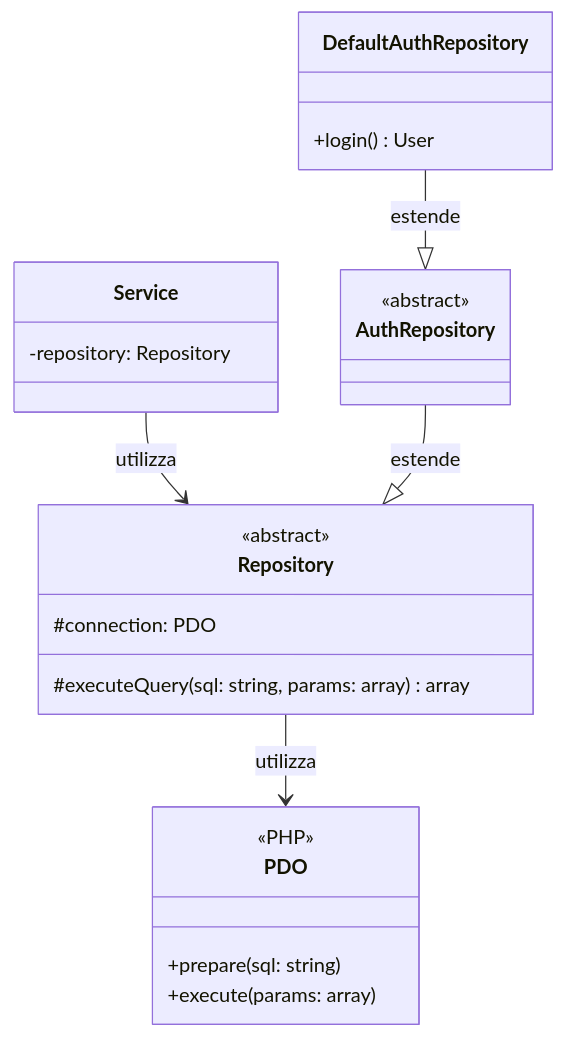
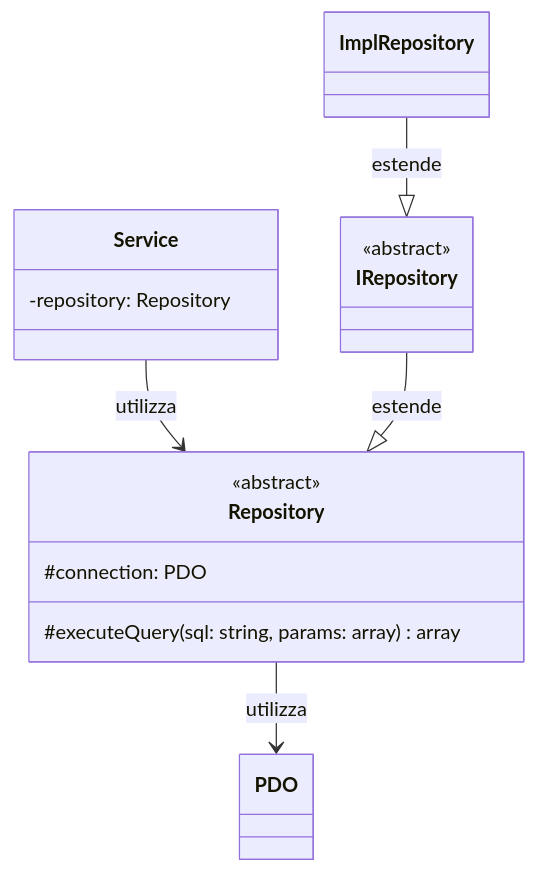
The third of 3 diagrams in documentazione/architettura_base/Repository.md (mb4dev/progetto-prova), drawn with Mermaid before and after one commit. The commit also changed other lines of this file and 12 other files, not shown here.

````diff
--- a/documentazione/architettura_base/Repository.md
+++ b/documentazione/architettura_base/Repository.md
@@ -79,31 +78,27 @@
 ```mermaid
 classDiagram
 class Repository {
     <<abstract>>
     #connection: PDO
     #executeQuery(sql: string, params: array) array
 }
 
 class PDO {
-    <<PHP>>
-    +prepare(sql: string)
-    +execute(params: array)
 }
 
 class Service {
     -repository: Repository
 }
 
-class AuthRepository {
+class IRepository {
     <<abstract>>
 }
 
-class DefaultAuthRepository {
-    +login() User
+class ImplRepository {
 }
 
 Repository --> PDO : utilizza
 Service --> Repository : utilizza
-AuthRepository --|> Repository : estende
-DefaultAuthRepository --|> AuthRepository : estende
+IRepository --|> Repository : estende
+ImplRepository --|> IRepository : estende
 ```
````
